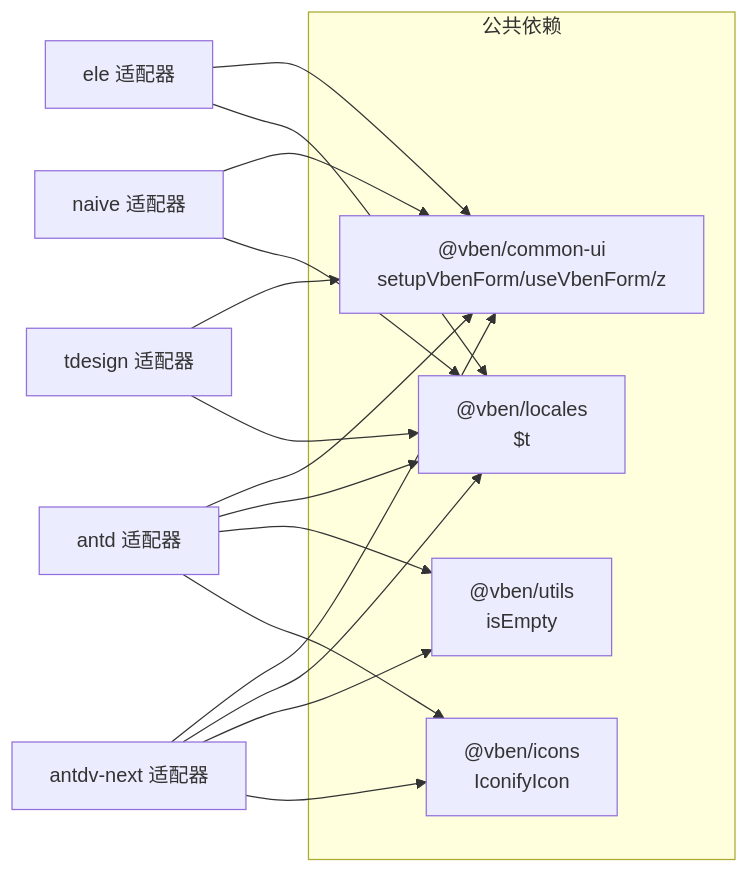
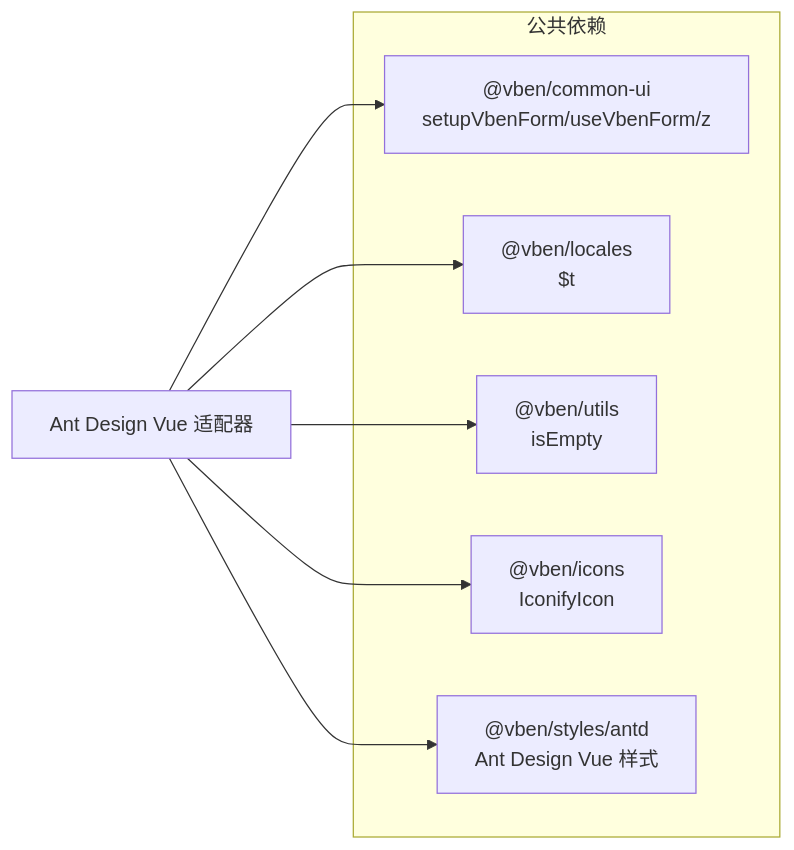
One commit to liuyinzhong/hive changed the sixth of 6 diagrams in .qoder/repowiki/zh/content/多框架支持/多框架支持.md. Above: the diagram before and after it, drawn with Mermaid. The commit also changed other lines of this file and 6 other files, not shown here.

````diff
--- a/.qoder/repowiki/zh/content/多框架支持/多框架支持.md
+++ b/.qoder/repowiki/zh/content/多框架支持/多框架支持.md
@@ -345,23 +239,15 @@
 ```mermaid
 graph LR
 subgraph "公共依赖"
 Common["@vben/common-ui<br/>setupVbenForm/useVbenForm/z"]
 Locales["@vben/locales<br/>$t"]
 Utils["@vben/utils<br/>isEmpty"]
 Icons["@vben/icons<br/>IconifyIcon"]
+Antd["@vben/styles/antd<br/>Ant Design Vue 样式"]
 end
-A_antd["antd 适配器"] --> Common
+A_antd["Ant Design Vue 适配器"] --> Common
 A_antd --> Locales
 A_antd --> Utils
 A_antd --> Icons
-A_ele["ele 适配器"] --> Common
-A_ele --> Locales
-A_naive["naive 适配器"] --> Common
-A_naive --> Locales
-A_tdesign["tdesign 适配器"] --> Common
-A_tdesign --> Locales
-A_antdv_next["antdv-next 适配器"] --> Common
-A_antdv_next --> Locales
-A_antdv_next --> Utils
-A_antdv_next --> Icons
+A_antd --> Antd
 ```
````
